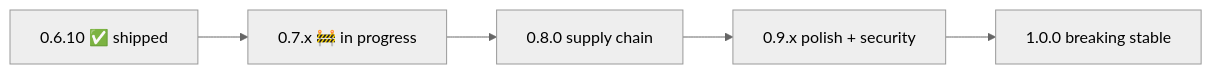
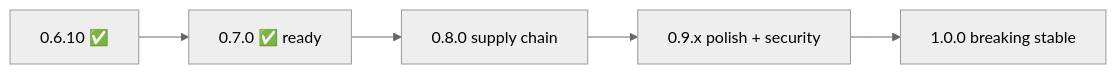
Before and after one commit to hrodrig/pgwd: the diagram in ROADMAP.md, drawn with Mermaid (neutral theme). The commit also changed other lines of this file and 32 other files, not shown here.

````diff
--- a/ROADMAP.md
+++ b/ROADMAP.md
@@ -19,7 +19,7 @@
 ```mermaid
 flowchart LR
-  A["0.6.10 ✅ shipped"] --> B["0.7.x 🚧 in progress"]
+  A["0.6.10 ✅"] --> B["0.7.0 ✅ ready"]
   B --> C["0.8.0 supply chain"]
   C --> D["0.9.x polish + security"]
   D --> E["1.0.0 breaking stable"]
 ```
````
